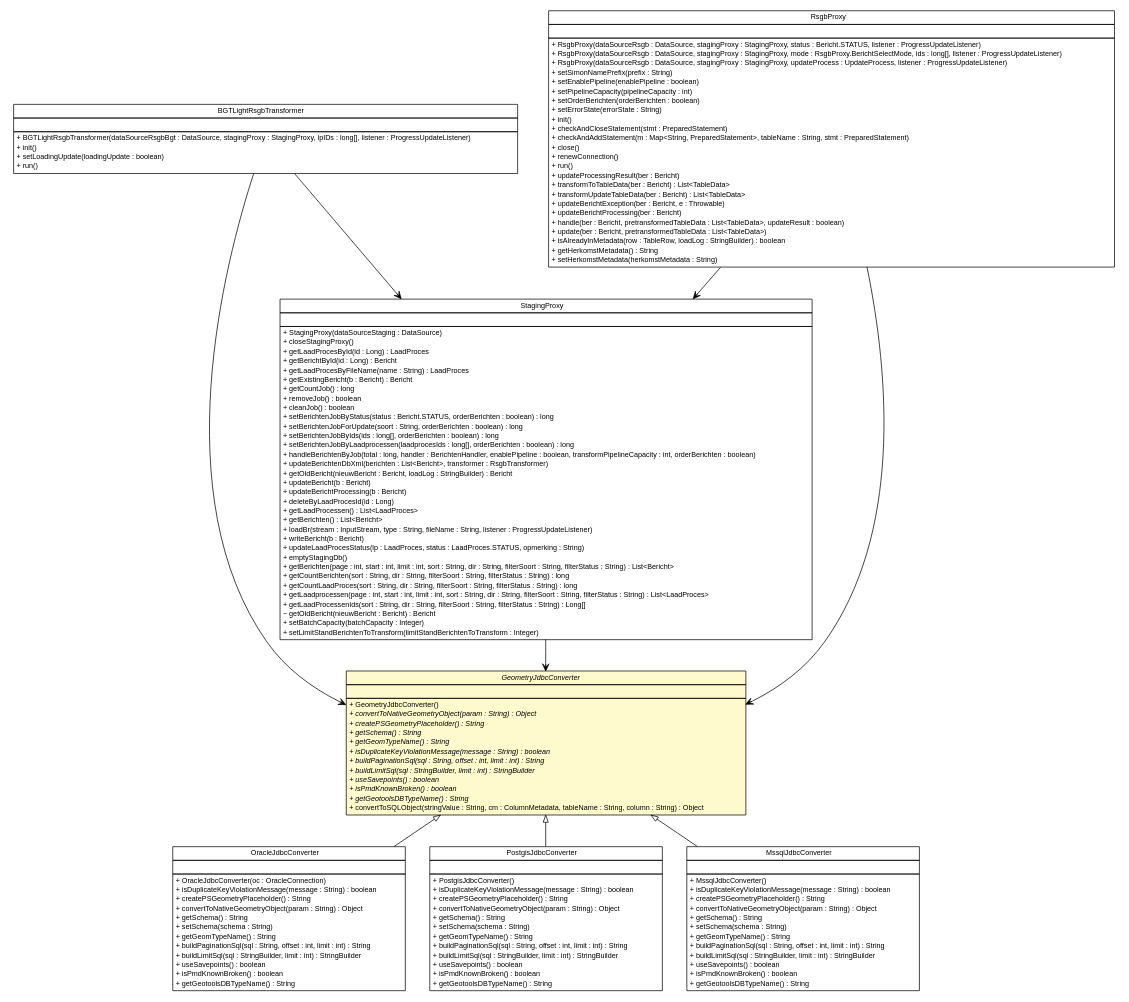
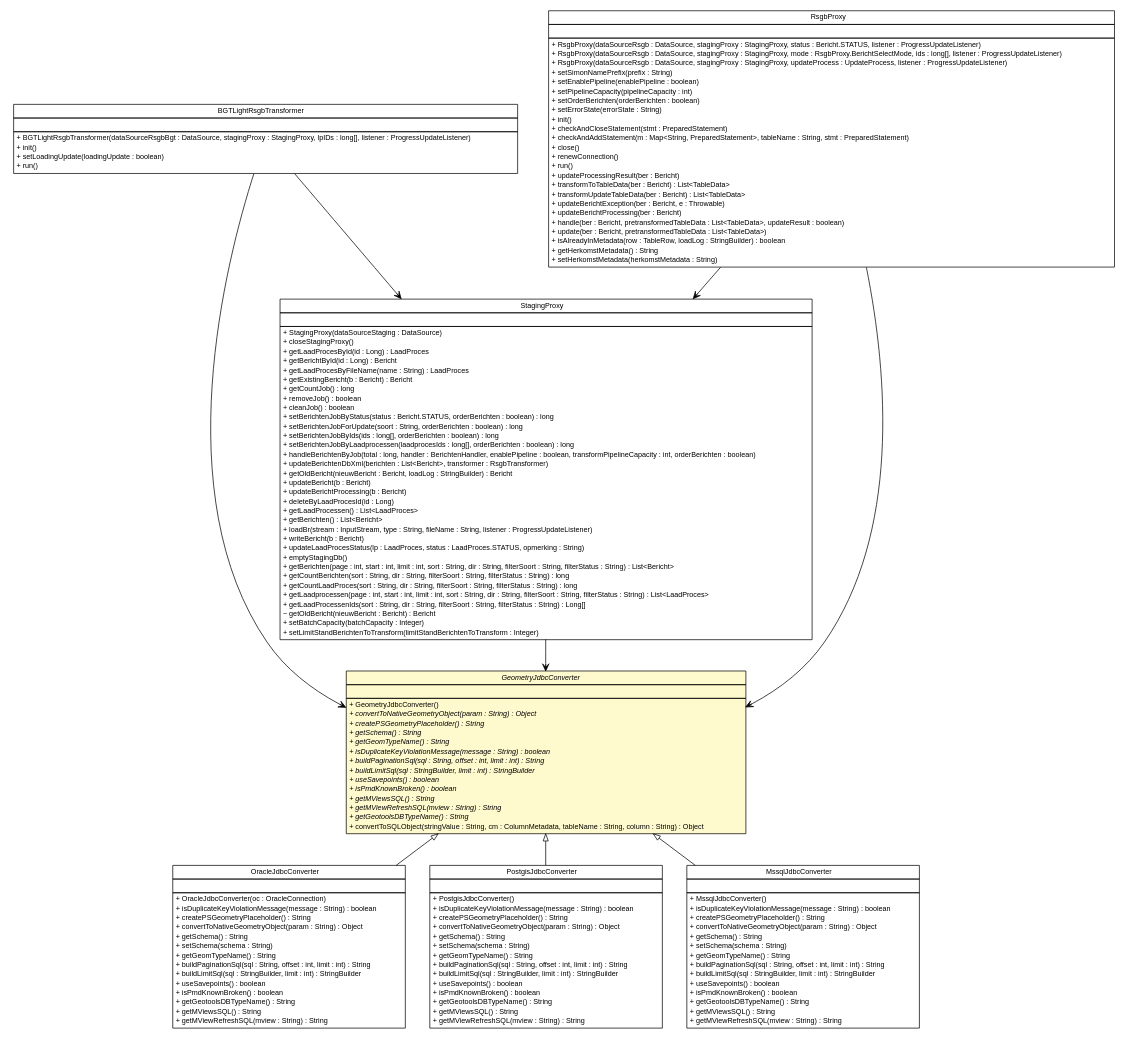
The diagram in brmo-loader/apidocs/nl/b3p/brmo/loader/jdbc/GeometryJdbcConverter.dot (B3Partners/brmo), drawn with Graphviz before and after one commit. The commit also changed 340 other files, not shown here.

```diff
--- a/brmo-loader/apidocs/nl/b3p/brmo/loader/jdbc/GeometryJdbcConverter.dot
+++ b/brmo-loader/apidocs/nl/b3p/brmo/loader/jdbc/GeometryJdbcConverter.dot
@@ -124,6 +124,8 @@
 <tr><td align="left" balign="left"> + useSavepoints() : boolean </td></tr>
 <tr><td align="left" balign="left"> + isPmdKnownBroken() : boolean </td></tr>
 <tr><td align="left" balign="left"> + getGeotoolsDBTypeName() : String </td></tr>
+<tr><td align="left" balign="left"> + getMViewsSQL() : String </td></tr>
+<tr><td align="left" balign="left"> + getMViewRefreshSQL(mview : String) : String </td></tr>
 		</table></td></tr>
 		</table>>, URL="./OracleJdbcConverter.html", fontname="Helvetica", fontcolor="black", fontsize=10.0];
 	// nl.b3p.brmo.loader.jdbc.GeometryJdbcConverter
@@ -145,6 +147,8 @@
 <tr><td align="left" balign="left"><font face="Helvetica-Oblique" point-size="10.0"> + buildLimitSql(sql : StringBuilder, limit : int) : StringBuilder </font></td></tr>
 <tr><td align="left" balign="left"><font face="Helvetica-Oblique" point-size="10.0"> + useSavepoints() : boolean </font></td></tr>
 <tr><td align="left" balign="left"><font face="Helvetica-Oblique" point-size="10.0"> + isPmdKnownBroken() : boolean </font></td></tr>
+<tr><td align="left" balign="left"><font face="Helvetica-Oblique" point-size="10.0"> + getMViewsSQL() : String </font></td></tr>
+<tr><td align="left" balign="left"><font face="Helvetica-Oblique" point-size="10.0"> + getMViewRefreshSQL(mview : String) : String </font></td></tr>
 <tr><td align="left" balign="left"><font face="Helvetica-Oblique" point-size="10.0"> + getGeotoolsDBTypeName() : String </font></td></tr>
 <tr><td align="left" balign="left"> + convertToSQLObject(stringValue : String, cm : ColumnMetadata, tableName : String, column : String) : Object </td></tr>
 		</table></td></tr>
@@ -170,6 +174,8 @@
 <tr><td align="left" balign="left"> + useSavepoints() : boolean </td></tr>
 <tr><td align="left" balign="left"> + isPmdKnownBroken() : boolean </td></tr>
 <tr><td align="left" balign="left"> + getGeotoolsDBTypeName() : String </td></tr>
+<tr><td align="left" balign="left"> + getMViewsSQL() : String </td></tr>
+<tr><td align="left" balign="left"> + getMViewRefreshSQL(mview : String) : String </td></tr>
 		</table></td></tr>
 		</table>>, URL="./PostgisJdbcConverter.html", fontname="Helvetica", fontcolor="black", fontsize=10.0];
 	// nl.b3p.brmo.loader.jdbc.MssqlJdbcConverter
@@ -193,6 +199,8 @@
 <tr><td align="left" balign="left"> + useSavepoints() : boolean </td></tr>
 <tr><td align="left" balign="left"> + isPmdKnownBroken() : boolean </td></tr>
 <tr><td align="left" balign="left"> + getGeotoolsDBTypeName() : String </td></tr>
+<tr><td align="left" balign="left"> + getMViewsSQL() : String </td></tr>
+<tr><td align="left" balign="left"> + getMViewRefreshSQL(mview : String) : String </td></tr>
 		</table></td></tr>
 		</table>>, URL="./MssqlJdbcConverter.html", fontname="Helvetica", fontcolor="black", fontsize=10.0];
 	//nl.b3p.brmo.loader.jdbc.OracleJdbcConverter extends nl.b3p.brmo.loader.jdbc.GeometryJdbcConverter
```
